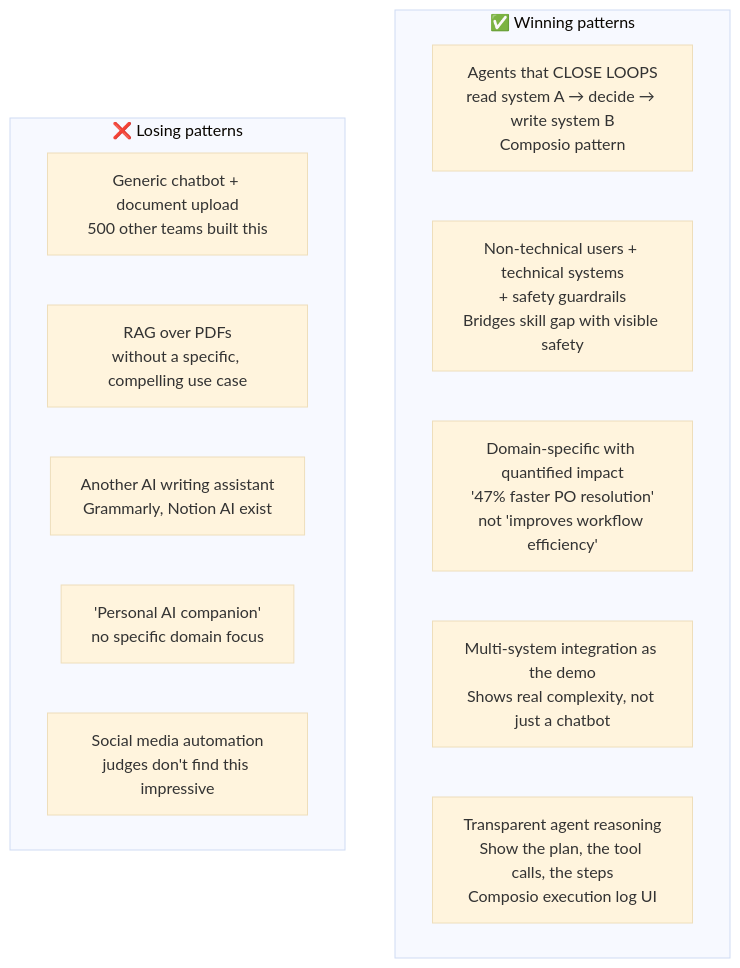
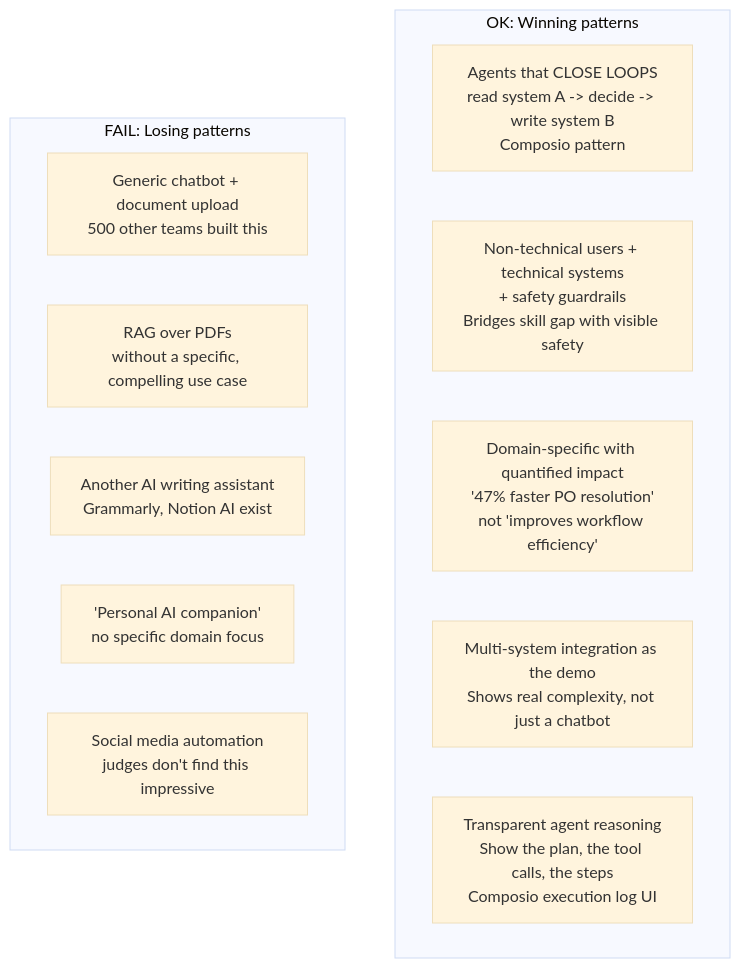
The sixth of 7 diagrams in docs/10-hackathon-intelligence.md (snowby666/forge), drawn with Mermaid (base theme) before and after one commit. The commit also changed other lines of this file and 7 other files, not shown here.

````diff
--- a/docs/10-hackathon-intelligence.md
+++ b/docs/10-hackathon-intelligence.md
@@ -146,18 +146,18 @@
 ```mermaid
 graph TD
-    subgraph WIN["✅ Winning patterns"]
-        W1["Agents that CLOSE LOOPS\nread system A → decide → write system B\nComposio pattern"]
+    subgraph WIN["OK: Winning patterns"]
+        W1["Agents that CLOSE LOOPS\nread system A -> decide -> write system B\nComposio pattern"]
         W2["Non-technical users + technical systems\n+ safety guardrails\nBridges skill gap with visible safety"]
         W3["Domain-specific with quantified impact\n'47% faster PO resolution'\nnot 'improves workflow efficiency'"]
         W4["Multi-system integration as the demo\nShows real complexity, not just a chatbot"]
         W5["Transparent agent reasoning\nShow the plan, the tool calls, the steps\nComposio execution log UI"]
     end
 
-    subgraph LOSE["❌ Losing patterns"]
+    subgraph LOSE["FAIL: Losing patterns"]
         L1["Generic chatbot + document upload\n500 other teams built this"]
         L2["RAG over PDFs\nwithout a specific, compelling use case"]
         L3["Another AI writing assistant\nGrammarly, Notion AI exist"]
         L4["'Personal AI companion'\nno specific domain focus"]
         L5["Social media automation\njudges don't find this impressive"]
     end
 ```
````
